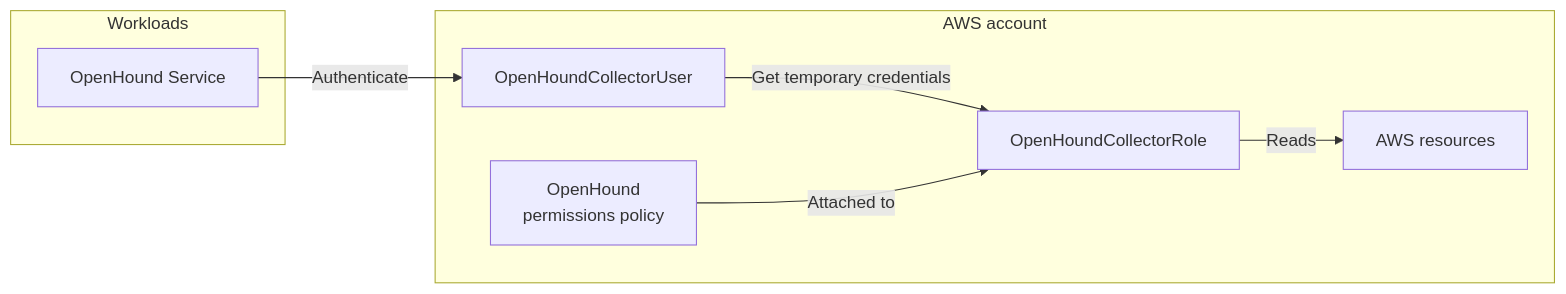
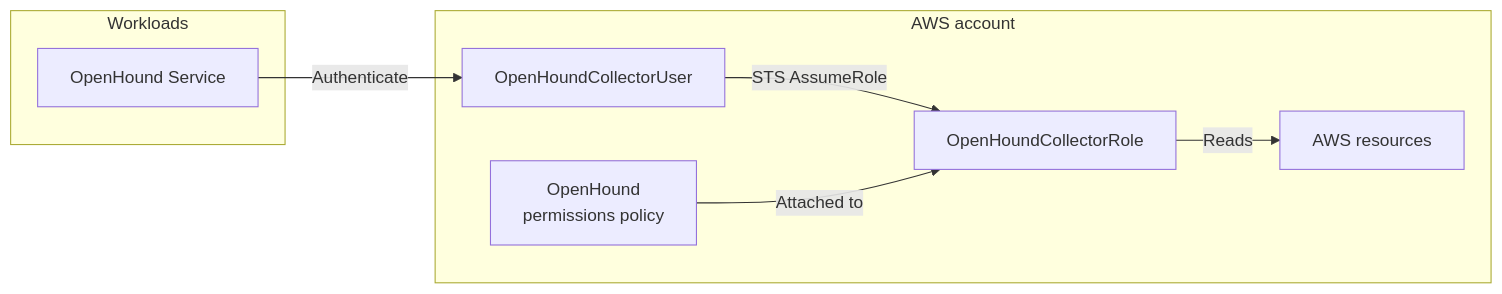
Before and after one commit to SpecterOps/bloodhound-docs: the fifth of 6 diagrams in docs/openhound/collectors/aws/configure-permissions.mdx, drawn with Mermaid. The commit also changed other lines of this file and 2 other files, not shown here.

Commit message:
docs: clarify AWS configuration and permission diagrams

````diff
--- a/docs/openhound/collectors/aws/configure-permissions.mdx
+++ b/docs/openhound/collectors/aws/configure-permissions.mdx
@@ -207,19 +215,19 @@
     ```mermaid
     flowchart LR
 
         subgraph CustomerAccount["AWS account"]
             Workload["OpenHoundCollectorUser"]
             RuntimeRole["OpenHoundCollectorRole"]
             ReadPolicy["OpenHound <br/>permissions policy"]
             AWSResources["AWS resources"]
 
-            Workload -->|"Get temporary credentials"| RuntimeRole
+            Workload -->|"STS AssumeRole"| RuntimeRole
             ReadPolicy -->|"Attached to"| RuntimeRole
             RuntimeRole -->|"Reads"| AWSResources
         end
         
         subgraph CustomerStack["Workloads"]
             VM["OpenHound Service"]
             VM -->|"Authenticate"| Workload
         end
     ```
````
